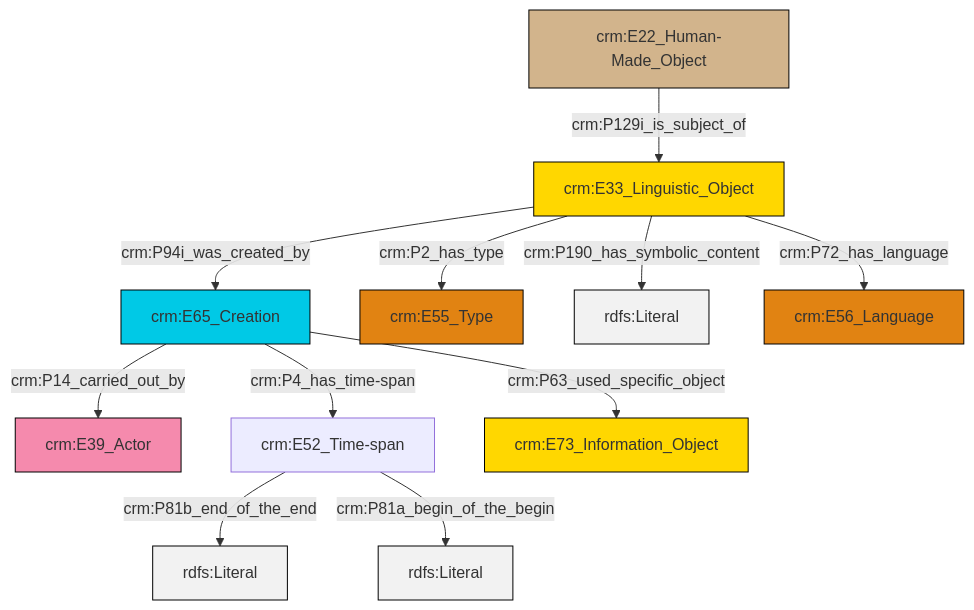
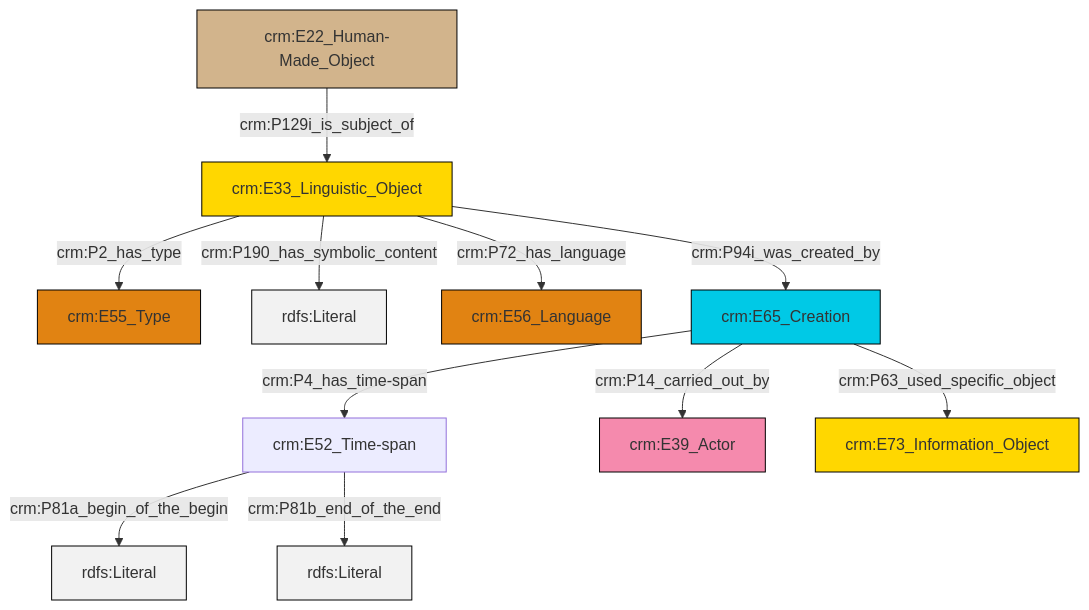
The diagram in et/carrierCSV/ttl/mmd/carrier_description.ttl.mmd (swiss-art-research-net/docs.swissartresearch), drawn with Mermaid before and after one commit. The commit also changed 173 other files, not shown here.

```diff
--- a/et/carrierCSV/ttl/mmd/carrier_description.ttl.mmd
+++ b/et/carrierCSV/ttl/mmd/carrier_description.ttl.mmd
@@ -1,25 +1,25 @@
 graph TD
 classDef Literal fill:#f2f2f2,stroke:#000000;
 classDef CRM_Entity fill:#FFFFFF,stroke:#000000;
 classDef Temporal_Entity fill:#00C9E6, stroke:#000000;
 classDef Type fill:#E18312, stroke:#000000;
 classDef Time-Span fill:#2C9C91, stroke:#000000;
 classDef Appellation fill:#FFEB7F, stroke:#000000;
 classDef Place fill:#008836, stroke:#000000;
 classDef Persistent_Item fill:#B266B2, stroke:#000000;
 classDef Conceptual_Object fill:#FFD700, stroke:#000000;
 classDef Physical_Thing fill:#D2B48C, stroke:#000000;
 classDef Actor fill:#f58aad, stroke:#000000;
 classDef PC_Classes fill:#4ce600, stroke:#000000;
 classDef Multi fill:#cccccc,stroke:#000000;
 
-4["crm:E65_Creation"]:::Temporal_Entity -->|crm:P14_carried_out_by| 0["crm:E39_Actor"]:::Actor
-4["crm:E65_Creation"]:::Temporal_Entity -->|crm:P4_has_time-span| 7["crm:E52_Time-span"]:::Default
-2["crm:E33_Linguistic_Object"]:::Conceptual_Object -->|crm:P2_has_type| 5["crm:E55_Type"]:::Type
-7["crm:E52_Time-span"]:::Default -->|crm:P81b_end_of_the_end| 9[rdfs:Literal]:::Literal
-2["crm:E33_Linguistic_Object"]:::Conceptual_Object -->|crm:P190_has_symbolic_content| 10[rdfs:Literal]:::Literal
-2["crm:E33_Linguistic_Object"]:::Conceptual_Object -->|crm:P72_has_language| 11["crm:E56_Language"]:::Type
-4["crm:E65_Creation"]:::Temporal_Entity -->|crm:P63_used_specific_object| 15["crm:E73_Information_Object"]:::Conceptual_Object
-7["crm:E52_Time-span"]:::Default -->|crm:P81a_begin_of_the_begin| 16[rdfs:Literal]:::Literal
-2["crm:E33_Linguistic_Object"]:::Conceptual_Object -->|crm:P94i_was_created_by| 4["crm:E65_Creation"]:::Temporal_Entity
-13["crm:E22_Human-Made_Object"]:::Physical_Thing -->|crm:P129i_is_subject_of| 2["crm:E33_Linguistic_Object"]:::Conceptual_Object
+0["crm:E22_Human-Made_Object"]:::Physical_Thing -->|crm:P129i_is_subject_of| 1["crm:E33_Linguistic_Object"]:::Conceptual_Object
+2["crm:E52_Time-span"]:::Default -->|crm:P81a_begin_of_the_begin| 3[rdfs:Literal]:::Literal
+1["crm:E33_Linguistic_Object"]:::Conceptual_Object -->|crm:P190_has_symbolic_content| 6[rdfs:Literal]:::Literal
+1["crm:E33_Linguistic_Object"]:::Conceptual_Object -->|crm:P2_has_type| 4["crm:E55_Type"]:::Type
+1["crm:E33_Linguistic_Object"]:::Conceptual_Object -->|crm:P94i_was_created_by| 9["crm:E65_Creation"]:::Temporal_Entity
+9["crm:E65_Creation"]:::Temporal_Entity -->|crm:P4_has_time-span| 2["crm:E52_Time-span"]:::Default
+1["crm:E33_Linguistic_Object"]:::Conceptual_Object -->|crm:P72_has_language| 7["crm:E56_Language"]:::Type
+9["crm:E65_Creation"]:::Temporal_Entity -->|crm:P14_carried_out_by| 11["crm:E39_Actor"]:::Actor
+2["crm:E52_Time-span"]:::Default -->|crm:P81b_end_of_the_end| 15[rdfs:Literal]:::Literal
+9["crm:E65_Creation"]:::Temporal_Entity -->|crm:P63_used_specific_object| 16["crm:E73_Information_Object"]:::Conceptual_Object
```
